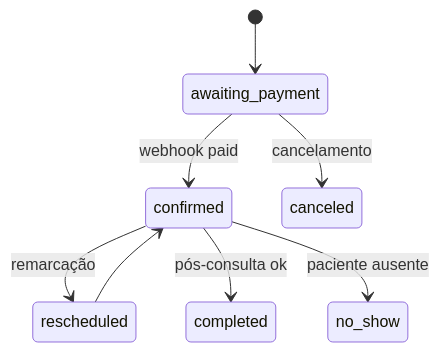
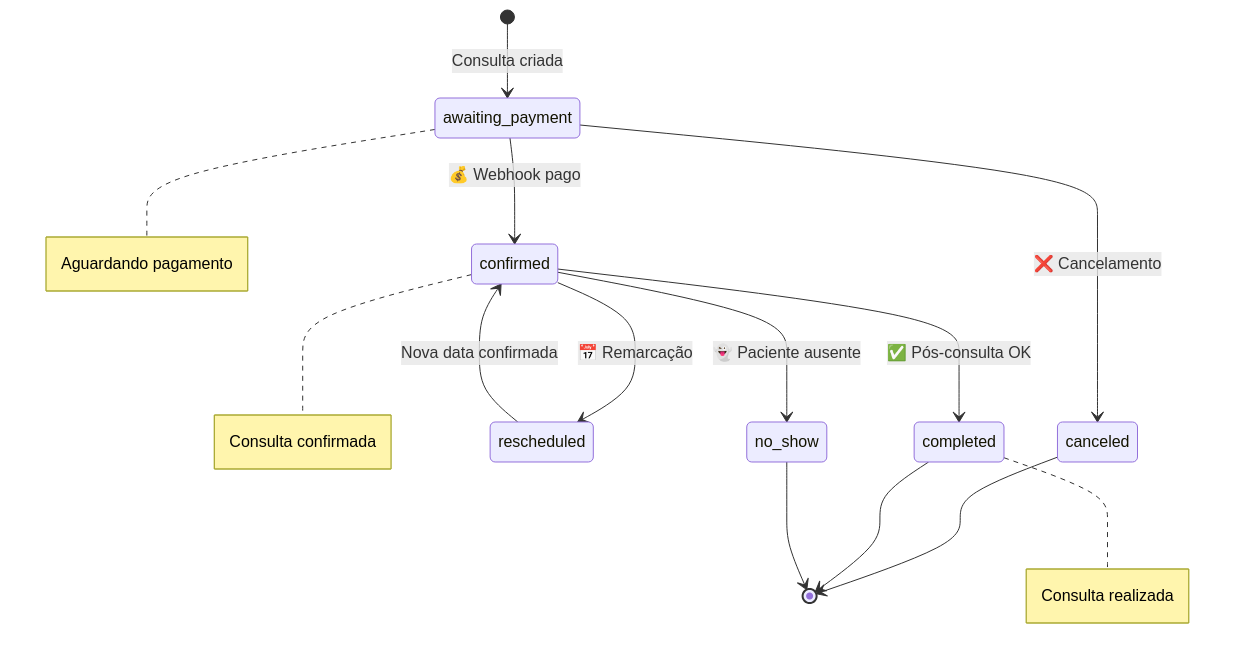
Before and after one commit to deveclipsy007/maya.ia: the third of 4 diagrams in README.md, drawn with Mermaid. The commit also changed other lines of this file, not shown here.

First line of the commit message:
fix: Corrigir diagramas Mermaid no README

````diff
--- a/README.md
+++ b/README.md
@@ -215,10 +232,17 @@
 ```mermaid
 stateDiagram-v2
-  [*] --> awaiting_payment
-  awaiting_payment --> confirmed: webhook paid
-  awaiting_payment --> canceled: cancelamento
-  confirmed --> rescheduled: remarcação
-  confirmed --> completed: pós-consulta ok
-  confirmed --> no_show: paciente ausente
-  rescheduled --> confirmed
+    [*] --> awaiting_payment : Consulta criada
+    awaiting_payment --> confirmed : 💰 Webhook pago
+    awaiting_payment --> canceled : ❌ Cancelamento
+    confirmed --> rescheduled : 📅 Remarcação
+    confirmed --> completed : ✅ Pós-consulta OK
+    confirmed --> no_show : 👻 Paciente ausente
+    rescheduled --> confirmed : Nova data confirmada
+    canceled --> [*]
+    completed --> [*]
+    no_show --> [*]
+    
+    note right of awaiting_payment : Aguardando pagamento
+    note right of confirmed : Consulta confirmada
+    note right of completed : Consulta realizada
 ```
````
